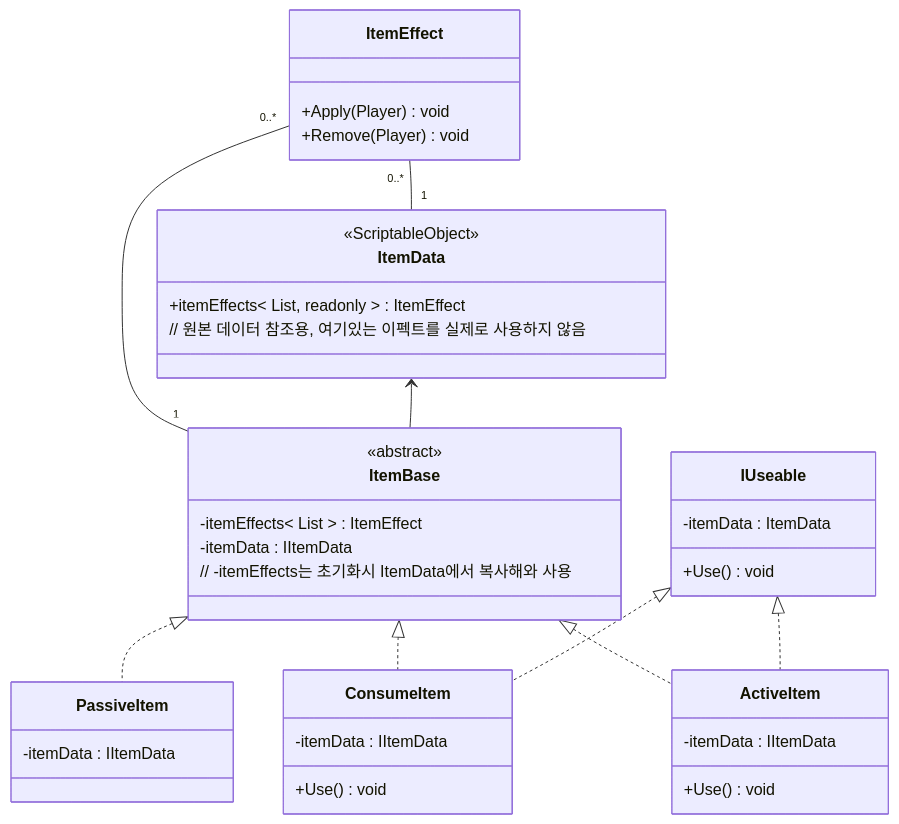
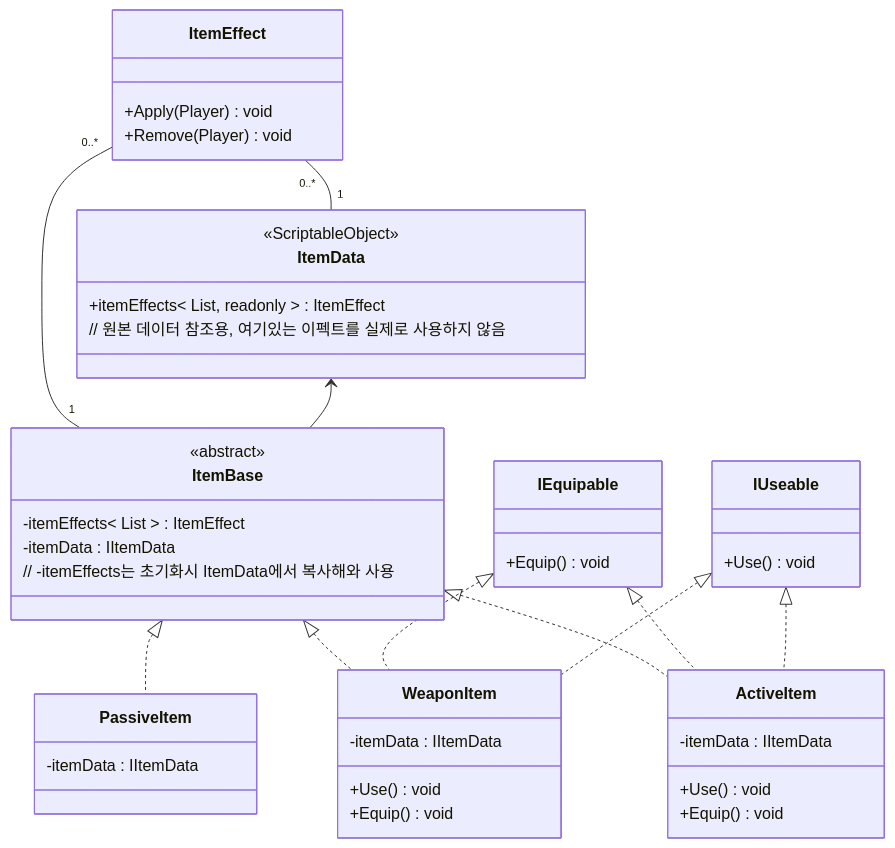
The second of 3 diagrams in Assets/_README/Inventory_Spec.md (JIN5EOK/DungeonShooter), drawn with Mermaid before and after one commit. The commit also changed other lines of this file, not shown here.

````diff
--- a/Assets/_README/Inventory_Spec.md
+++ b/Assets/_README/Inventory_Spec.md
@@ -52,43 +43,50 @@
 ```mermaid
 classDiagram
     class IUseable{
-        -itemData : ItemData
         +Use() void
+    }
+    class IEquipable{
+        +Equip() void
     }
     class PassiveItem{
         -itemData : IItemData
     }
     class ActiveItem{
         -itemData : IItemData
         +Use() void
+        +Equip() void
     }
-    class ConsumeItem{
+    class WeaponItem{
         -itemData : IItemData
         +Use() void
+        +Equip() void
     }
     class ItemBase{
         <<abstract>>
         -itemEffects< List > : ItemEffect
         -itemData : IItemData
         // -itemEffects는 초기화시  ItemData에서 복사해와 사용
     }
     class ItemData{
         <<ScriptableObject>>
         +itemEffects< List, readonly > : ItemEffect
         // 원본 데이터 참조용, 여기있는 이펙트를 실제로 사용하지 않음
     }
     class ItemEffect{
         +Apply(Player) void
         +Remove(Player) void
     }
 
     ItemEffect "0..*"--"1" ItemBase
     ItemEffect "0..*"--"1" ItemData
     ItemData <-- ItemBase
     ItemBase <|.. PassiveItem
-    ItemBase <|.. ConsumeItem
+    ItemBase <|.. WeaponItem
     ItemBase <|.. ActiveItem
 
-    IUseable <|.. ConsumeItem
+    IEquipable <|.. WeaponItem
+    IUseable <|.. WeaponItem
+    IEquipable <|.. ActiveItem
     IUseable <|.. ActiveItem
+    
 ```
````
